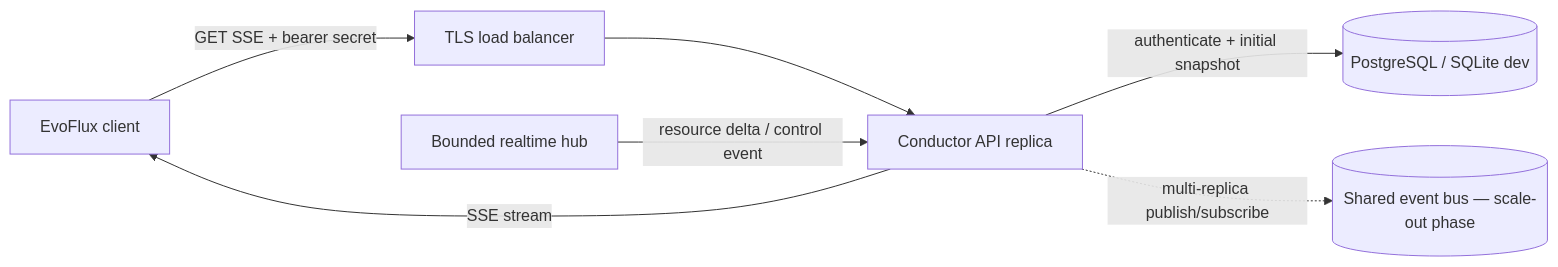
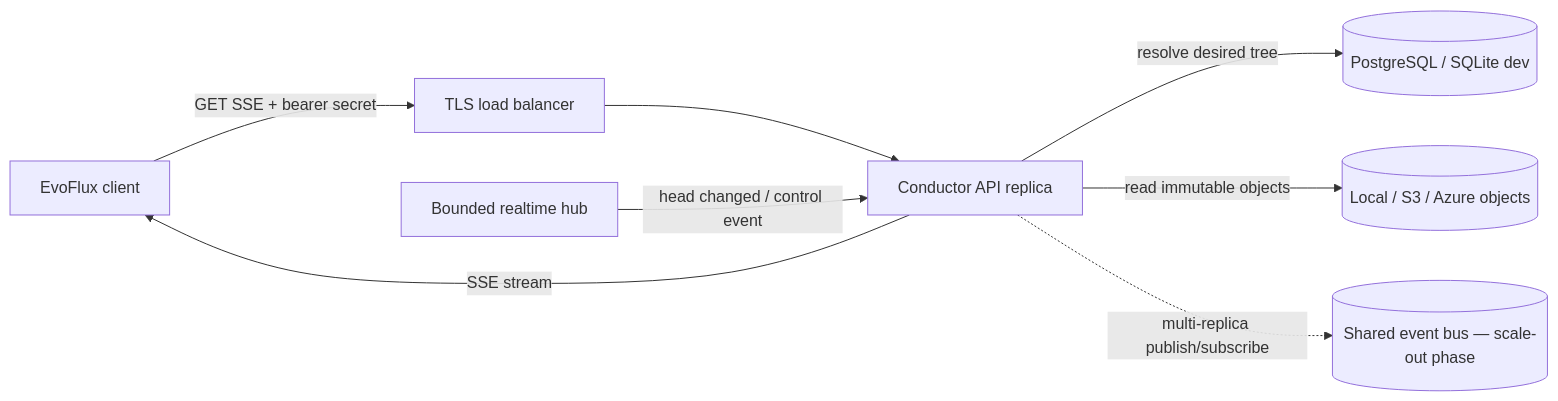
One commit to evoelsewhere/evo-conductor changed the first of 2 diagrams in docs/evoflux-integration.md. Above: the diagram before and after it, drawn with Mermaid. The commit also changed other lines of this file and 4 other files, not shown here.

````diff
--- a/docs/evoflux-integration.md
+++ b/docs/evoflux-integration.md
@@ -17,16 +17,18 @@
 ```mermaid
 flowchart LR
     EF["EvoFlux client"]
     LB["TLS load balancer"]
     API["Conductor API replica"]
     HUB["Bounded realtime hub"]
     DB[("PostgreSQL / SQLite dev")]
+    OBJ[("Local / S3 / Azure objects")]
     BUS[("Shared event bus — scale-out phase")]
 
     EF -->|"GET SSE + bearer secret"| LB
     LB --> API
-    API -->|"authenticate + initial snapshot"| DB
-    HUB -->|"resource delta / control event"| API
+    API -->|"resolve desired tree"| DB
+    API -->|"read immutable objects"| OBJ
+    HUB -->|"head changed / control event"| API
     API -->|"SSE stream"| EF
     API -. "multi-replica publish/subscribe" .-> BUS
 ```
````
